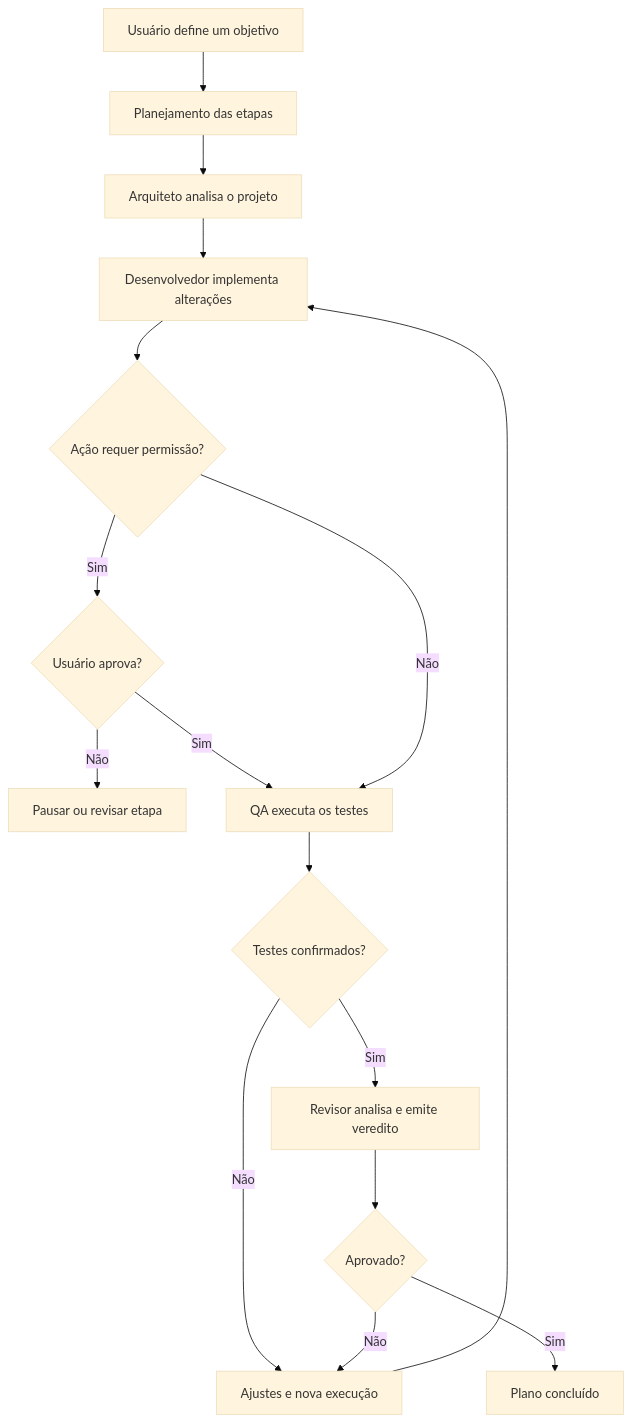
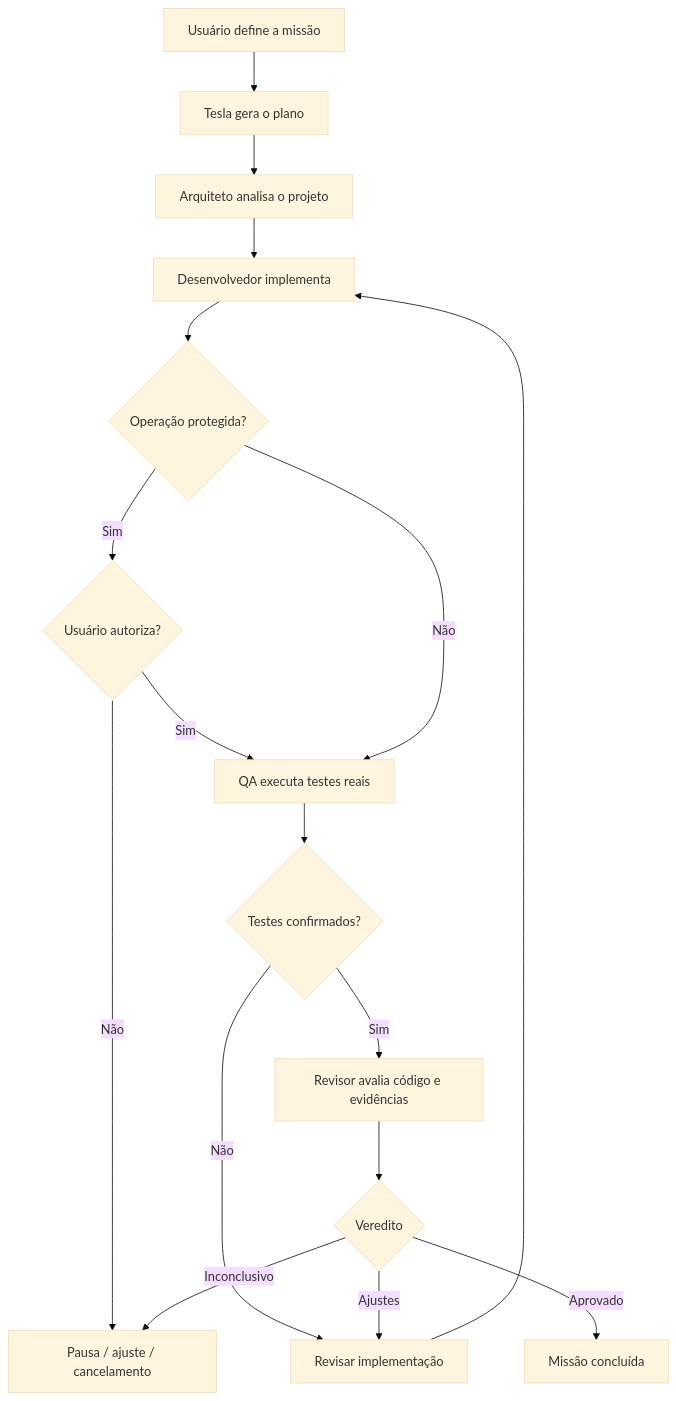
One commit to MrHendrix0611/tesla-agent changed the second of 2 diagrams in README.md. Above: the diagram before and after it, drawn with Mermaid (base theme). The commit also changed other lines of this file, not shown here.

````diff
--- a/README.md
+++ b/README.md
@@ -157,18 +190,19 @@
 ```mermaid
 flowchart TD
-    OBJ["Usuário define um objetivo"] --> PLAN["Planejamento das etapas"]
+    OBJ["Usuário define a missão"] --> PLAN["Tesla gera o plano"]
     PLAN --> ARCH["Arquiteto analisa o projeto"]
-    ARCH --> DEV["Desenvolvedor implementa alterações"]
-    DEV --> PERM{"Ação requer permissão?"}
-    PERM -->|Sim| APROV{"Usuário aprova?"}
-    APROV -->|Não| PAUSA["Pausar ou revisar etapa"]
-    APROV -->|Sim| QA["QA executa os testes"]
+    ARCH --> DEV["Desenvolvedor implementa"]
+    DEV --> PERM{"Operação protegida?"}
+    PERM -->|Sim| AUT{"Usuário autoriza?"}
+    AUT -->|Não| PAUSA["Pausa / ajuste / cancelamento"]
+    AUT -->|Sim| QA["QA executa testes reais"]
     PERM -->|Não| QA
-    QA --> CHECK{"Testes confirmados?"}
-    CHECK -->|Não| AJUSTE["Ajustes e nova execução"]
-    AJUSTE --> DEV
-    CHECK -->|Sim| REV["Revisor analisa e emite veredito"]
-    REV --> VER{"Aprovado?"}
-    VER -->|Não| AJUSTE
-    VER -->|Sim| FIM["Plano concluído"]
+    QA --> OK{"Testes confirmados?"}
+    OK -->|Não| REWORK["Revisar implementação"]
+    REWORK --> DEV
+    OK -->|Sim| REV["Revisor avalia código e evidências"]
+    REV --> VER{"Veredito"}
+    VER -->|Ajustes| REWORK
+    VER -->|Aprovado| FIM["Missão concluída"]
+    VER -->|Inconclusivo| PAUSA
 ```
````
